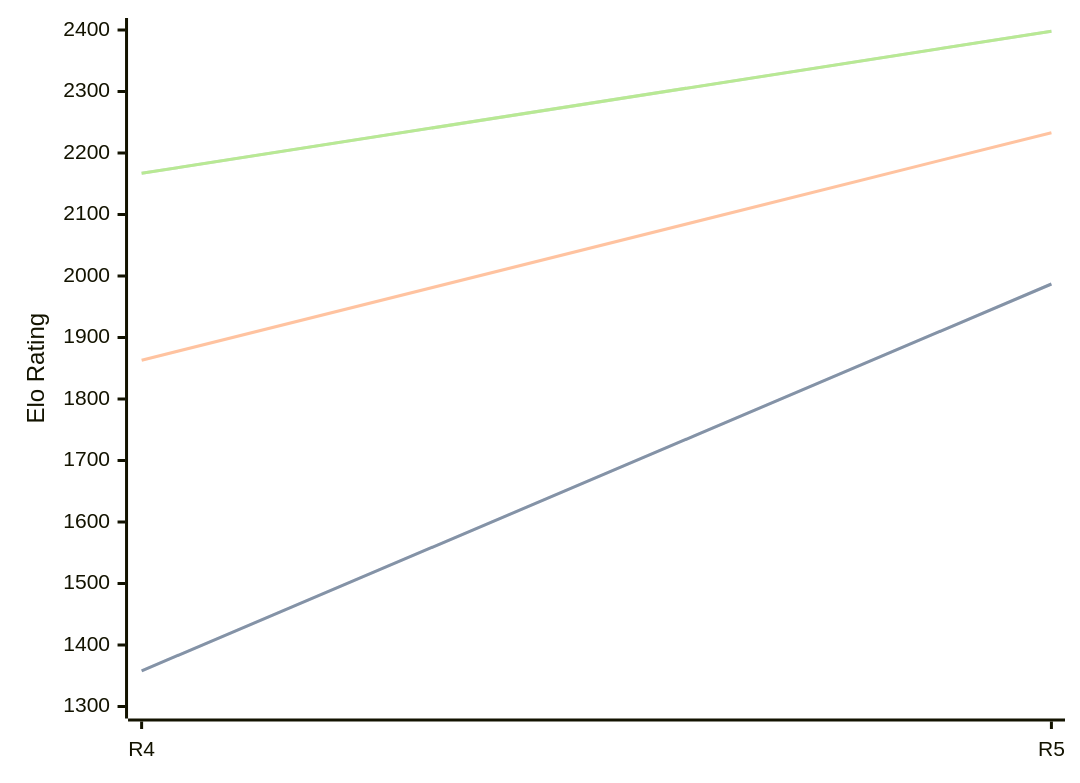
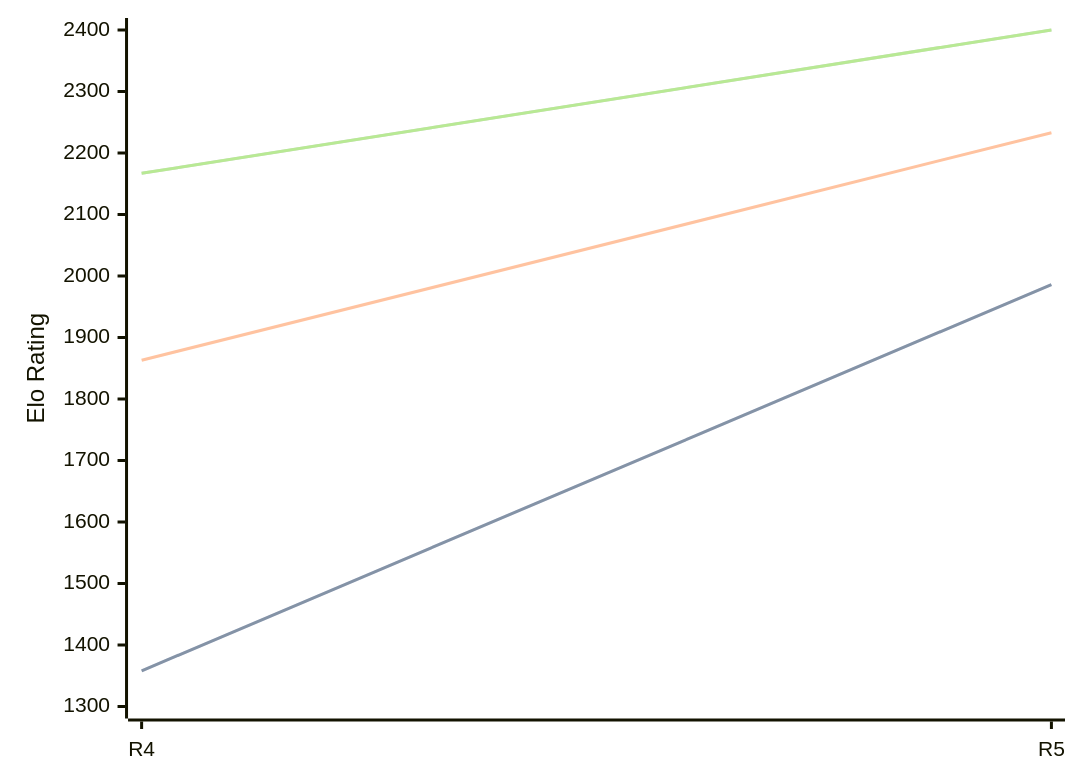
Before and after one commit to computer-chess-index/cci: the diagram in engines/Viking.md, drawn with Mermaid. The commit also changed other lines of this file, not shown here.

Commit message:
Update CCI Ratings (ELO VLTC) - 2026-05-05

````diff
--- a/engines/Viking.md
+++ b/engines/Viking.md
@@ -35,11 +35,11 @@
 ```mermaid
 %%{init: {"theme":"base","themeVariables":{"seriesColors:['#a3a3a3','#222221','#faa371']}}}%%
 xychart-beta
   x-axis ["R4", "R5"]
   y-axis "Elo Rating" 1300 --> 2400
-  line "STC (8.0+0.08s)" [1358, 1987]
-  line "STC (8.0+0.08s)" [1358, 1987]
+  line "STC (8.0+0.08s)" [1358, 1986]
+  line "STC (8.0+0.08s)" [1358, 1986]
   line "LTC (60.0+0.60s)" [1863, 2233]
-  line "VLTC (2m24s+1.12s)" [2167, 2398]
-  line "VLTC (2m24s+1.12s)" [2167, 2398]
+  line "VLTC (2m24s+1.12s)" [2167, 2400]
+  line "VLTC (2m24s+1.12s)" [2167, 2400]
 ```
````
